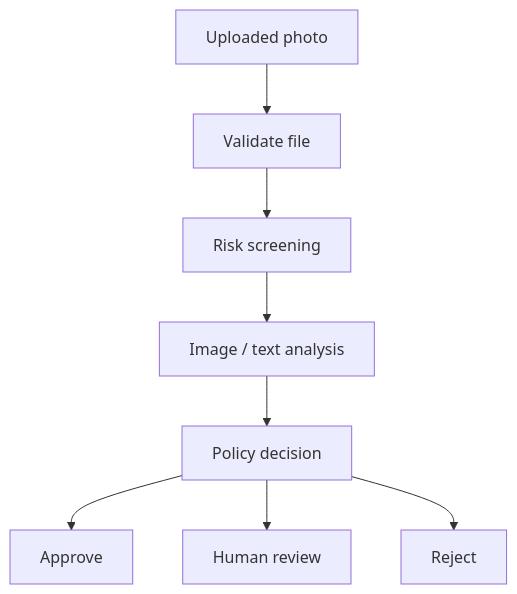
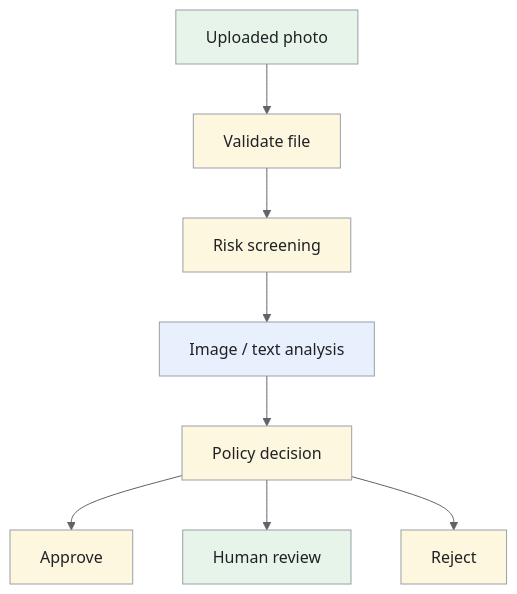
The fourth of 4 diagrams in _designs/yelp.md (iliazlobin/iliazlobin.github.io), drawn with Mermaid before and after one commit. The commit also changed other lines of this file and 25 other files, not shown here.

Commit message:
docs: explain Batch B design flows and tradeoffs

````diff
--- a/_designs/yelp.md
+++ b/_designs/yelp.md
@@ -233,10 +293,18 @@
 ```mermaid
+%%{init: {'theme':'base','themeVariables':{'primaryColor':'#e8f0fe','primaryTextColor':'#202124','primaryBorderColor':'#9aa0a6','lineColor':'#5f6368','secondaryColor':'#e6f4ea','tertiaryColor':'#fef7e0','actorBkg':'#e8f0fe','actorBorder':'#9aa0a6','actorTextColor':'#202124','noteBkgColor':'#fef7e0','noteTextColor':'#202124','noteBorderColor':'#9aa0a6','signalColor':'#5f6368','signalTextColor':'#202124','labelBoxBkgColor':'#fef7e0','labelBoxBorderColor':'#9aa0a6'}}}%%
 flowchart TB
   P["Uploaded photo"] --> V["Validate file"]
   V --> R["Risk screening"]
   R --> C["Image / text analysis"]
   C --> D["Policy decision"]
   D --> A["Approve"]
   D --> H["Human review"]
   D --> X["Reject"]
+classDef request fill:#e8f0fe,stroke:#9aa0a6,color:#202124;
+classDef data fill:#e6f4ea,stroke:#9aa0a6,color:#202124;
+classDef control fill:#fef7e0,stroke:#9aa0a6,color:#202124;
+class C request;
+class P,H data;
+class V,R,D,A,X control;
+
 ```
````
